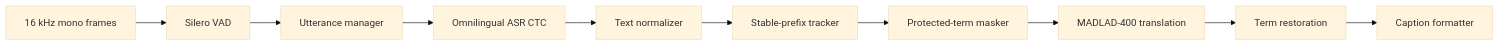
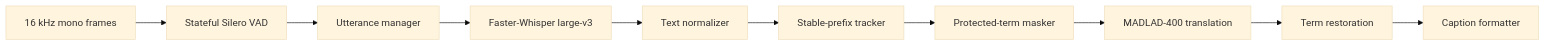
Before and after one commit to jxstme22/ztrsl: the diagram in docs/04_ASR_TRANSLATION_PIPELINE.md, drawn with Mermaid (base theme). The commit also changed other lines of this file and 120 other files, not shown here.

````diff
--- a/docs/04_ASR_TRANSLATION_PIPELINE.md
+++ b/docs/04_ASR_TRANSLATION_PIPELINE.md
@@ -5,12 +5,12 @@
 ```mermaid
 flowchart LR
-  A[16 kHz mono frames] --> B[Silero VAD]
+  A[16 kHz mono frames] --> B[Stateful Silero VAD]
   B --> C[Utterance manager]
-  C --> D[Omnilingual ASR CTC]
+  C --> D[Faster-Whisper large-v3]
   D --> E[Text normalizer]
   E --> F[Stable-prefix tracker]
   F --> G[Protected-term masker]
   G --> H[MADLAD-400 translation]
   H --> I[Term restoration]
   I --> J[Caption formatter]
 ```
````
